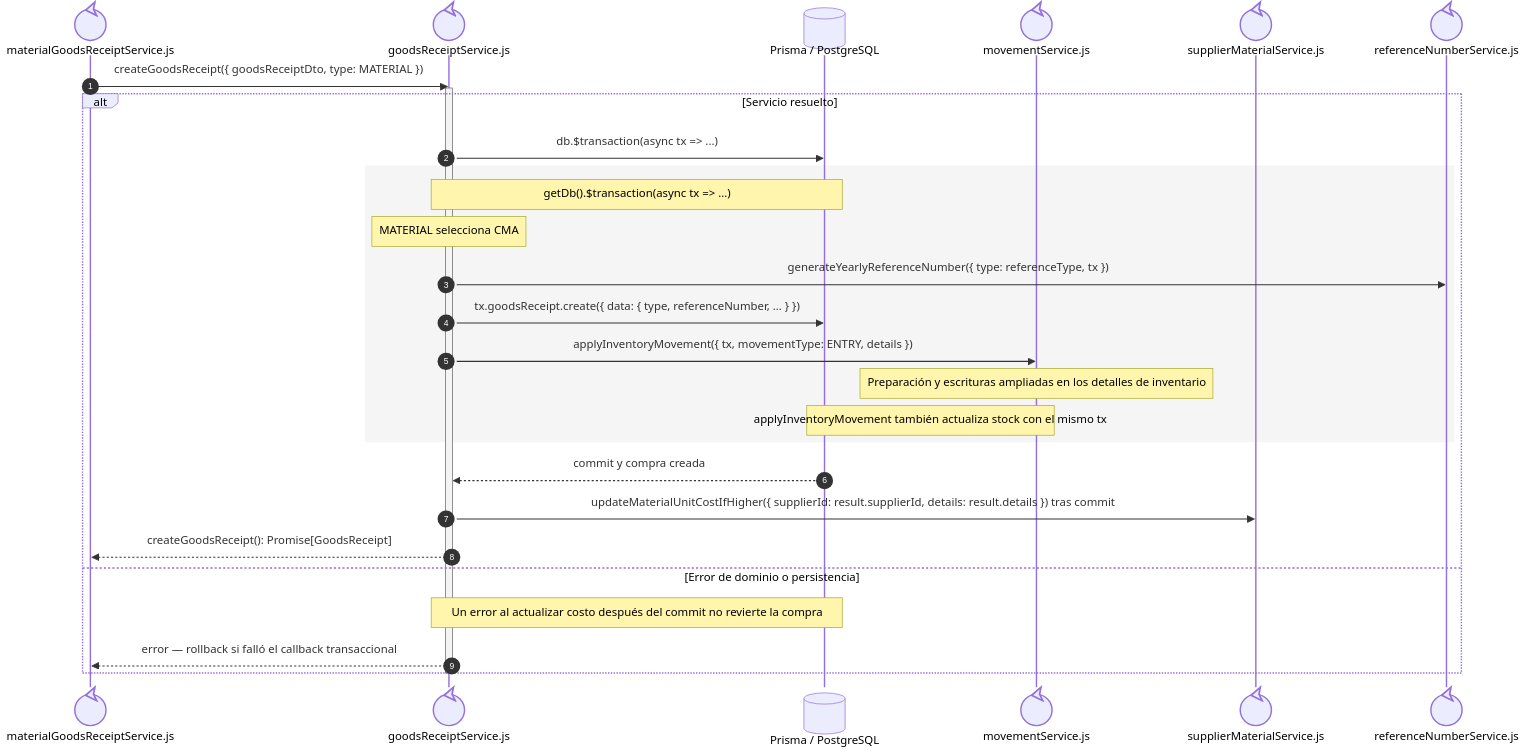
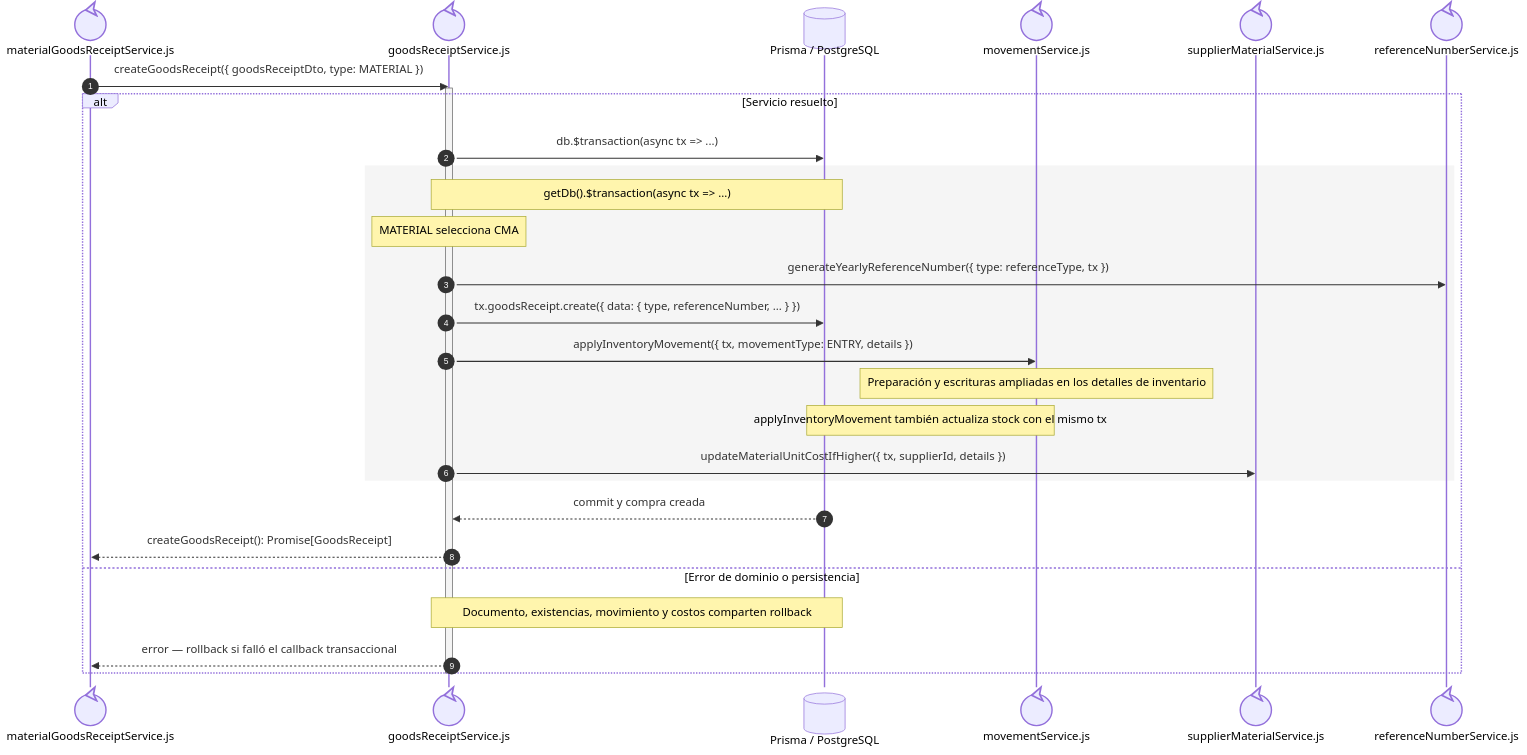
Before and after one commit to gpgsistemas01/nexus: the fifth of 8 diagrams in docs/architecture/views/processes/backend-code-sequences/purchases/cu-ent-02.md, drawn with Mermaid. The commit also changed other lines of this file and 122 other files, not shown here.

````diff
--- a/docs/architecture/views/processes/backend-code-sequences/purchases/cu-ent-02.md
+++ b/docs/architecture/views/processes/backend-code-sequences/purchases/cu-ent-02.md
@@ -204,33 +207,33 @@
 ```mermaid
 sequenceDiagram
     autonumber
     participant Facade@{ "type": "control" } as materialGoodsReceiptService.js
     participant Core@{ "type": "control" } as goodsReceiptService.js
     participant Prisma@{ "type": "database" } as Prisma / PostgreSQL
     participant Inventory@{ "type": "control" } as movementService.js
     participant Costs@{ "type": "control" } as supplierMaterialService.js
     participant Reference@{ "type": "control" } as referenceNumberService.js
 
     Facade->>Core: createGoodsReceipt({ goodsReceiptDto, type: MATERIAL })
     activate Core
     alt Servicio resuelto
 
         Core->>Prisma: db.$transaction(async tx => ...)
         rect rgb(245, 245, 245)
             Note over Core,Prisma: getDb().$transaction(async tx => ...)
             Note over Core: MATERIAL selecciona CMA
             Core->>Reference: generateYearlyReferenceNumber({ type: referenceType, tx })
             Core->>Prisma: tx.goodsReceipt.create({ data: { type, referenceNumber, ... } })
             Core->>Inventory: applyInventoryMovement({ tx, movementType: ENTRY, details })
     Note over Inventory: Preparación y escrituras ampliadas en los detalles de inventario
             Note over Inventory,Prisma: applyInventoryMovement también actualiza stock con el mismo tx
+            Core->>Costs: updateMaterialUnitCostIfHigher({ tx, supplierId, details })
     end
         Prisma-->>Core: commit y compra creada
-        Core->>Costs: updateMaterialUnitCostIfHigher({ supplierId: result.supplierId, details: result.details }) tras commit
         Core-->>Facade: createGoodsReceipt(): Promise[GoodsReceipt]
     else Error de dominio o persistencia
-        Note over Core,Prisma: Un error al actualizar costo después del commit no revierte la compra
+        Note over Core,Prisma: Documento, existencias, movimiento y costos comparten rollback
         Core-->>Facade: error — rollback si falló el callback transaccional
     end
     deactivate Core
 ```
````
